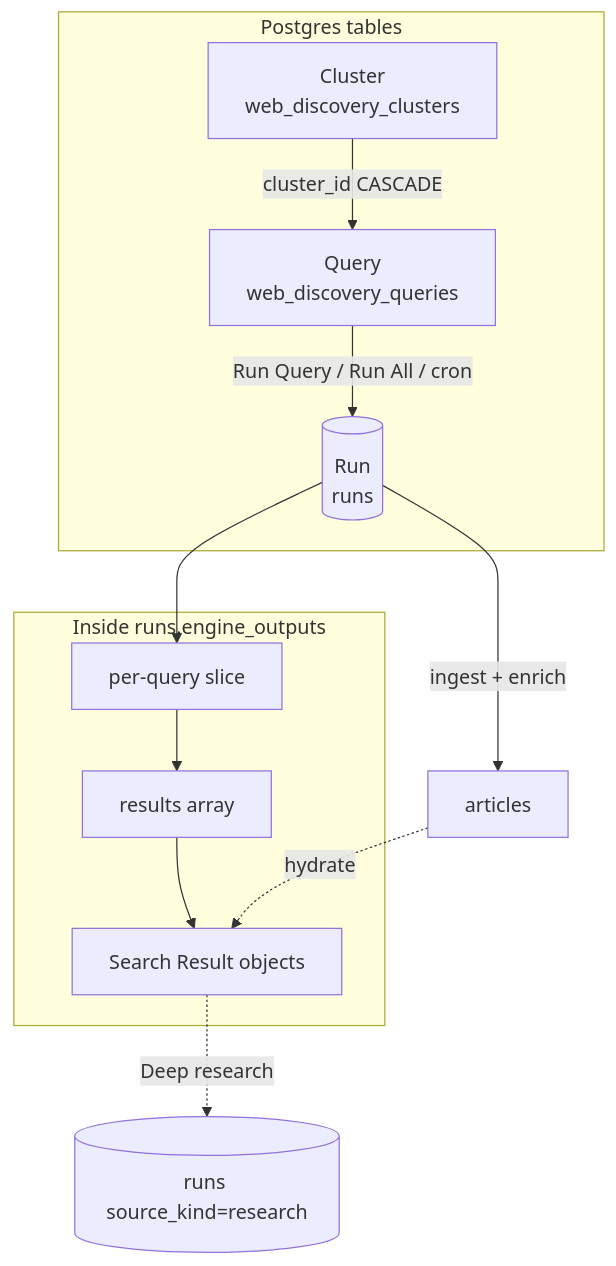
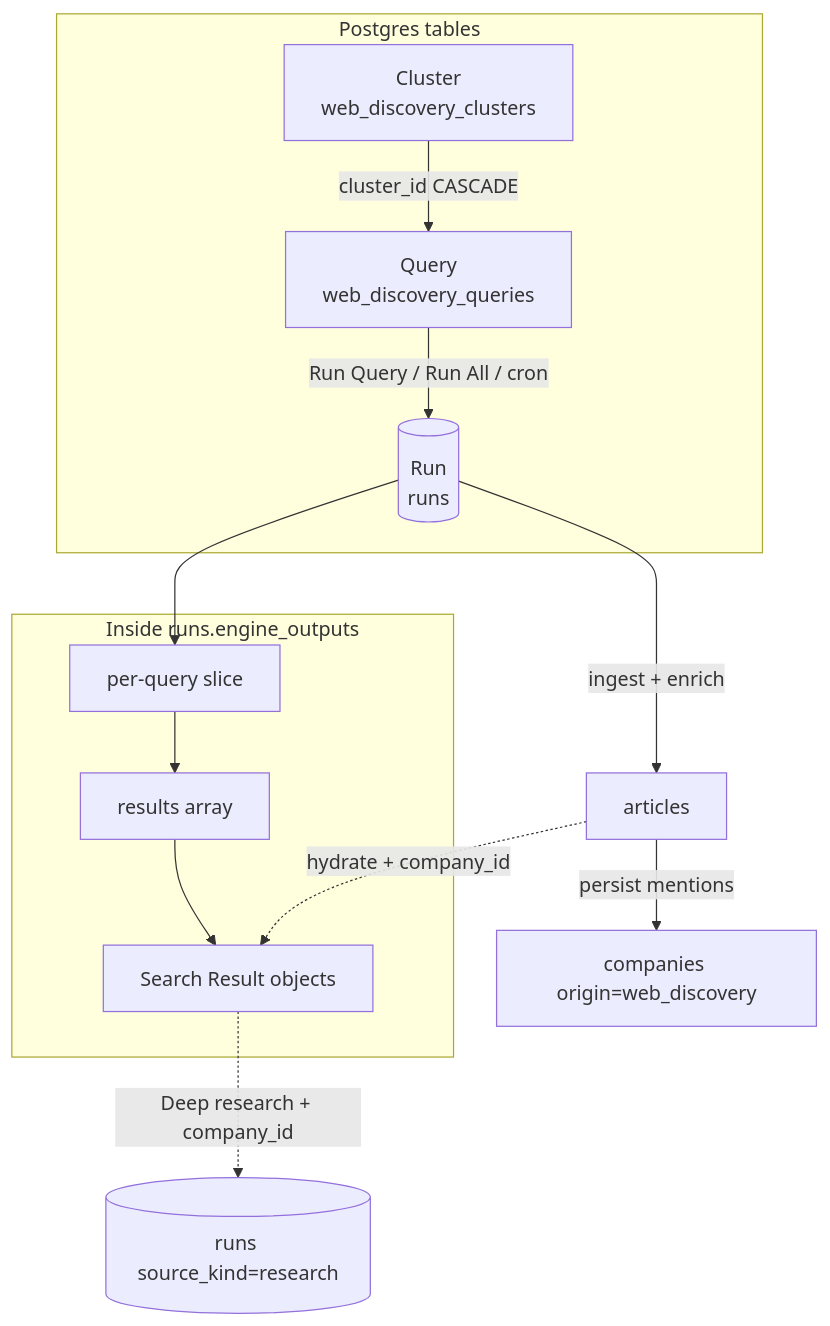
One commit to Growth-Maschine/NORAD-INTEL-ENGINE-V1 changed the third of 10 diagrams in docs/phase-1/P1-04-admin.md. Above: the diagram before and after it, drawn with Mermaid. The commit also changed other lines of this file and 8 other files, not shown here.

First line of the commit message:
feat(docs): enhance phase-1 documentation for company research and discovery features

````diff
--- a/docs/phase-1/P1-04-admin.md
+++ b/docs/phase-1/P1-04-admin.md
@@ -929,24 +949,25 @@
 ```mermaid
 flowchart TB
     subgraph Tables["Postgres tables"]
         CL[Cluster<br/>web_discovery_clusters]
         Q[Query<br/>web_discovery_queries]
         RUNS[(Run<br/>runs)]
     end
 
     subgraph JSON["Inside runs.engine_outputs"]
         SLICE["per-query slice"]
         SR["results array"]
         ITEM["Search Result objects"]
     end
 
     CL -->|cluster_id CASCADE| Q
     Q -->|Run Query / Run All / cron| RUNS
     RUNS --> SLICE
     SLICE --> SR
     SR --> ITEM
 
-    ITEM -.->|Deep research| RUNS2[(runs source_kind=research)]
+    ITEM -.->|Deep research + company_id| RUNS2[(runs source_kind=research)]
     RUNS -->|ingest + enrich| ART[articles]
-    ART -.->|hydrate| ITEM
+    ART -->|persist mentions| CO[companies origin=web_discovery]
+    ART -.->|hydrate + company_id| ITEM
 ```
````
